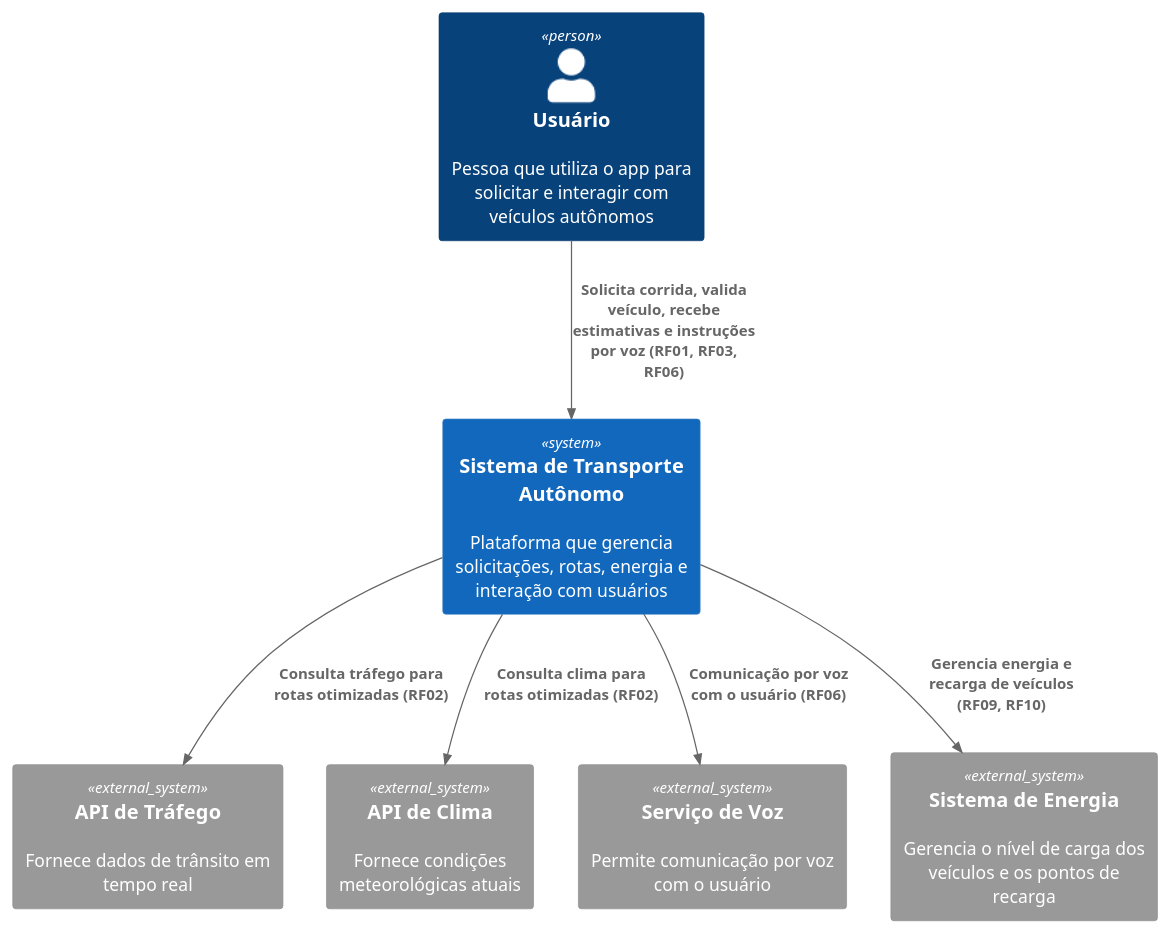
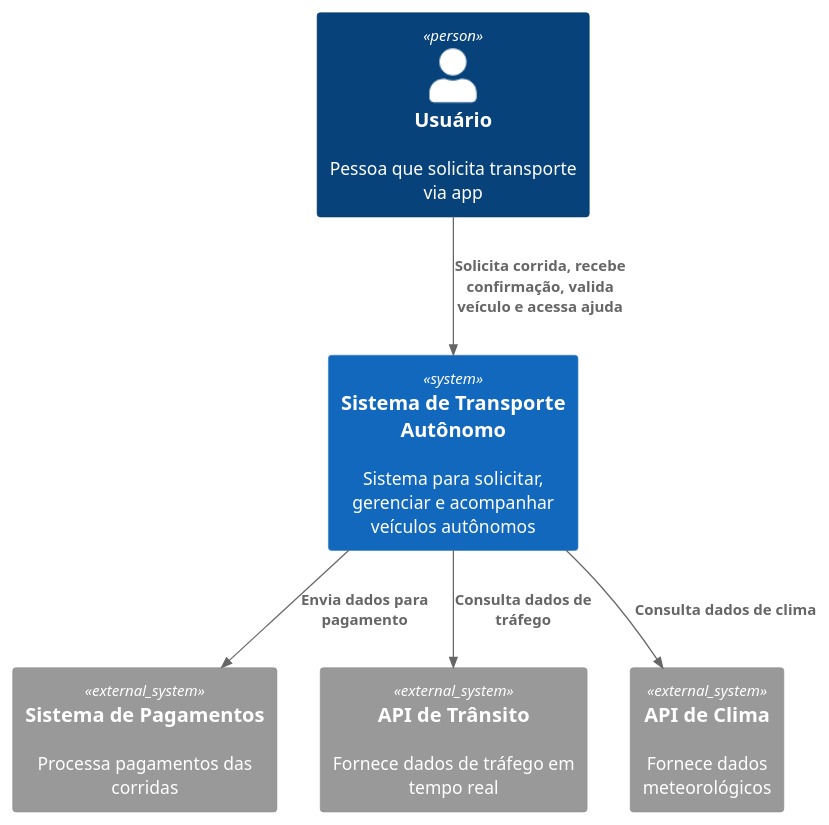
The diagram in trabalho_final/Diagramas (Iteração 1)/contexto.puml (gilmarUFG/as_es_20251_g6), drawn with PlantUML before and after one commit.

Commit message:
contexto 1

```diff
--- a/trabalho_final/Diagramas (Iteração 1)/contexto.puml
+++ b/trabalho_final/Diagramas (Iteração 1)/contexto.puml
@@ -1,23 +1,14 @@
 @startuml
 !include https://raw.githubusercontent.com/plantuml-stdlib/C4-PlantUML/master/C4_Context.puml
 
-' Atores humanos
-Person(usuario, "Usuário", "Pessoa que utiliza o app para solicitar e interagir com veículos autônomos")
+Person(usuario, "Usuário", "Pessoa que solicita transporte via app")
+System(sistema, "Sistema de Transporte Autônomo", "Sistema para solicitar, gerenciar e acompanhar veículos autônomos")
+System_Ext(servicoDePagamentos, "Sistema de Pagamentos", "Processa pagamentos das corridas")
+System_Ext(apiTrafego, "API de Trânsito", "Fornece dados de tráfego em tempo real")
+System_Ext(apiClima, "API de Clima", "Fornece dados meteorológicos")
 
-' Sistema principal
-System(sistema, "Sistema de Transporte Autônomo", "Plataforma que gerencia solicitações, rotas, energia e interação com usuários")
-
-' Sistemas externos
-System_Ext(apiTrafego, "API de Tráfego", "Fornece dados de trânsito em tempo real")
-System_Ext(apiClima, "API de Clima", "Fornece condições meteorológicas atuais")
-System_Ext(servicoVoz, "Serviço de Voz", "Permite comunicação por voz com o usuário")
-System_Ext(sistemaEnergia, "Sistema de Energia", "Gerencia o nível de carga dos veículos e os pontos de recarga")
-
-' Relacionamentos diretos com os RFs como descrição
-Rel(usuario, sistema, "Solicita corrida, valida veículo, recebe estimativas e instruções por voz (RF01, RF03, RF06)")
-Rel(sistema, apiTrafego, "Consulta tráfego para rotas otimizadas (RF02)")
-Rel(sistema, apiClima, "Consulta clima para rotas otimizadas (RF02)")
-Rel(sistema, servicoVoz, "Comunicação por voz com o usuário (RF06)")
-Rel(sistema, sistemaEnergia, "Gerencia energia e recarga de veículos (RF09, RF10)")
-
+Rel(usuario, sistema, "Solicita corrida, recebe confirmação, valida veículo e acessa ajuda")
+Rel(sistema, servicoDePagamentos, "Envia dados para pagamento")
+Rel(sistema, apiTrafego, "Consulta dados de tráfego")
+Rel(sistema, apiClima, "Consulta dados de clima")
 @enduml
```
